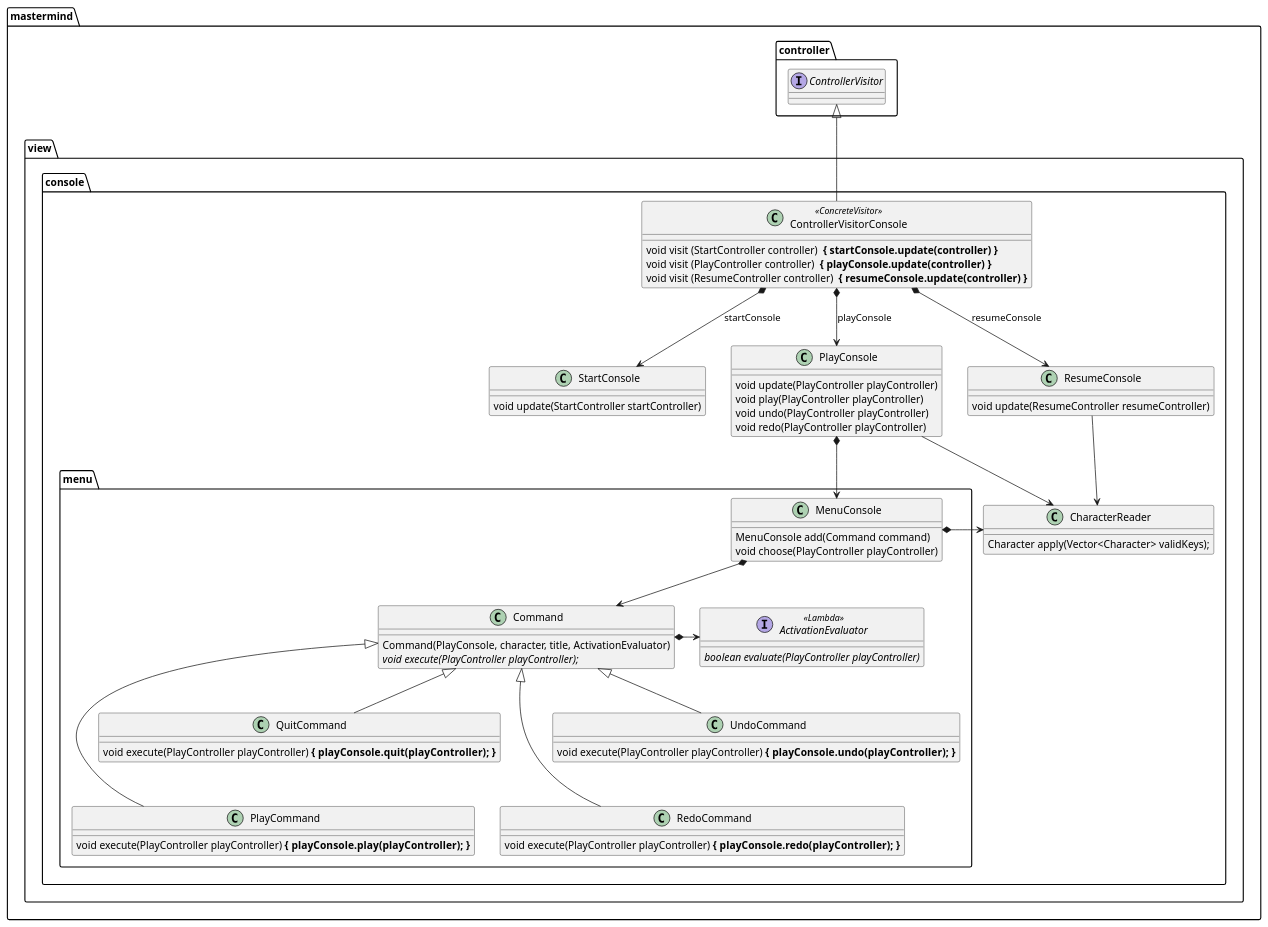
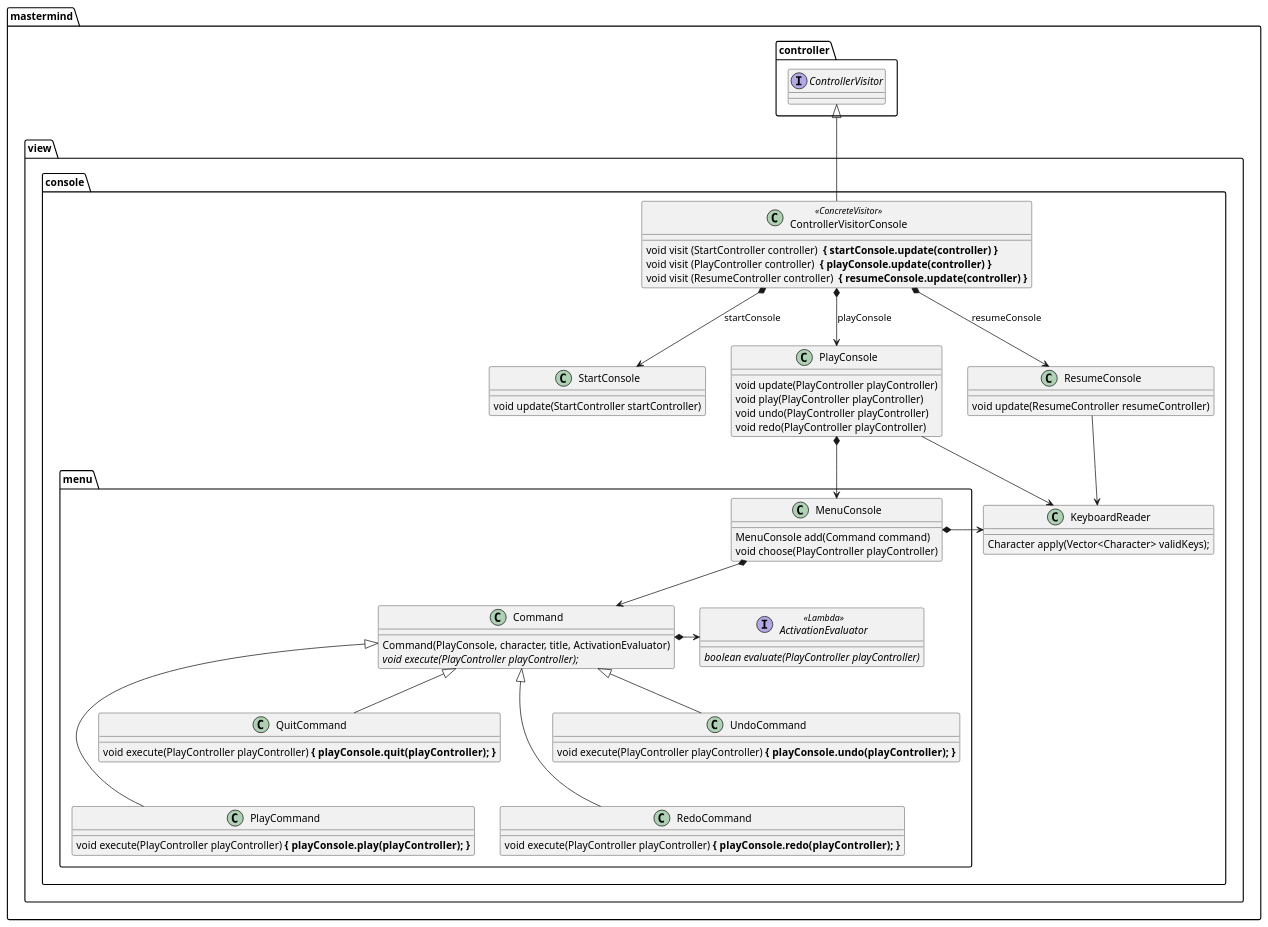
One commit to ciscoruiz/mastermind changed the diagram in doc/mastermind.view.menu.puml. Above: the diagram before and after it, drawn with PlantUML. The commit also changed 1 other file, not shown here.

Commit message:
Rename CharacterReader as KeyboardReader

```diff
--- a/doc/mastermind.view.menu.puml
+++ b/doc/mastermind.view.menu.puml
@@ -1,84 +1,84 @@
 @startuml
 
 package mastermind.controller {
    interface ControllerVisitor
 }
 
 package mastermind.view.console {
-   class CharacterReader {
+   class KeyboardReader {
        Character apply(Vector<Character> validKeys);
    }
 
    class ControllerVisitorConsole <<ConcreteVisitor>> {
        void visit (StartController controller) <b> { startConsole.update(controller) }</b>
        void visit (PlayController controller) <b> { playConsole.update(controller) }</b>
        void visit (ResumeController controller) <b> { resumeConsole.update(controller) }</b>
    }
 
    class StartConsole  {
        void update(StartController startController)
    }
    class PlayConsole {
        void update(PlayController playController)
        void play(PlayController playController)
        void undo(PlayController playController)
        void redo(PlayController playController)
    }
    class ResumeConsole {
        void update(ResumeController resumeController)
    }
 
    namespace mastermind.view.console.menu {
       interface ActivationEvaluator <<Lambda>>{
          {abstract} boolean evaluate(PlayController playController)
       }
 
       class MenuConsole {
          MenuConsole add(Command command)
          void choose(PlayController playController)
       }
       class Command {
          Command(PlayConsole, character, title, ActivationEvaluator)
          {abstract} void execute(PlayController playController);
       }
 
       MenuConsole *--> Command
 
       Command *-right-> ActivationEvaluator
       Command <|--- PlayCommand
       Command <|-- QuitCommand
       Command <|--- RedoCommand
       Command <|-- UndoCommand
 
       class PlayCommand {
          void execute(PlayController playController) <b>{ playConsole.play(playController);  }</b>
       }
 
       class QuitCommand {
          void execute(PlayController playController) <b>{ playConsole.quit(playController);  }</b>
       }
 
       class RedoCommand {
          void execute(PlayController playController) <b>{ playConsole.redo(playController);  }</b>
       }
 
       class UndoCommand {
          void execute(PlayController playController) <b>{ playConsole.undo(playController);  }</b>
       }
    }
 
-   mastermind.view.console.menu.MenuConsole *-left-> CharacterReader
+   mastermind.view.console.menu.MenuConsole *-left-> KeyboardReader
 
    PlayConsole *--> mastermind.view.console.menu.MenuConsole
 }
 
 ControllerVisitor <|-- ControllerVisitorConsole
 
 ControllerVisitorConsole *--> StartConsole : startConsole
 ControllerVisitorConsole *--> PlayConsole : playConsole
 ControllerVisitorConsole *--> ResumeConsole : resumeConsole
 
-PlayConsole --> CharacterReader
-ResumeConsole --> CharacterReader
+PlayConsole --> KeyboardReader
+ResumeConsole --> KeyboardReader
 
 @enduml
```
